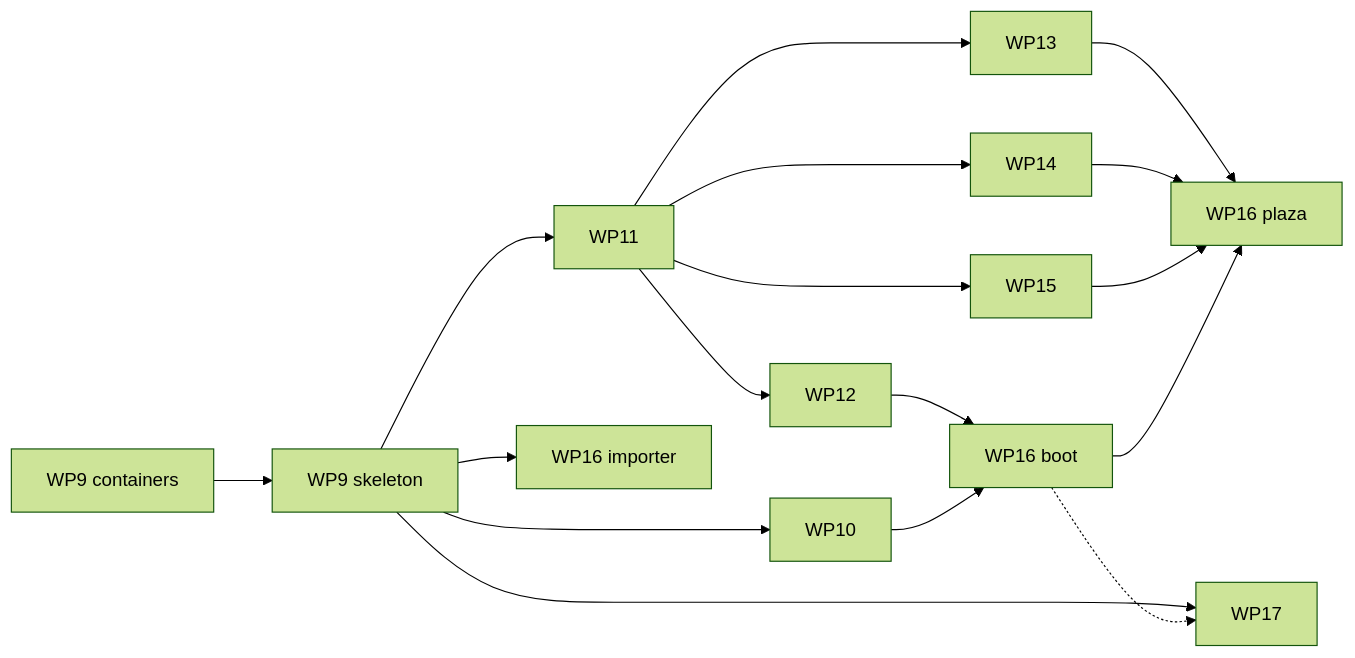
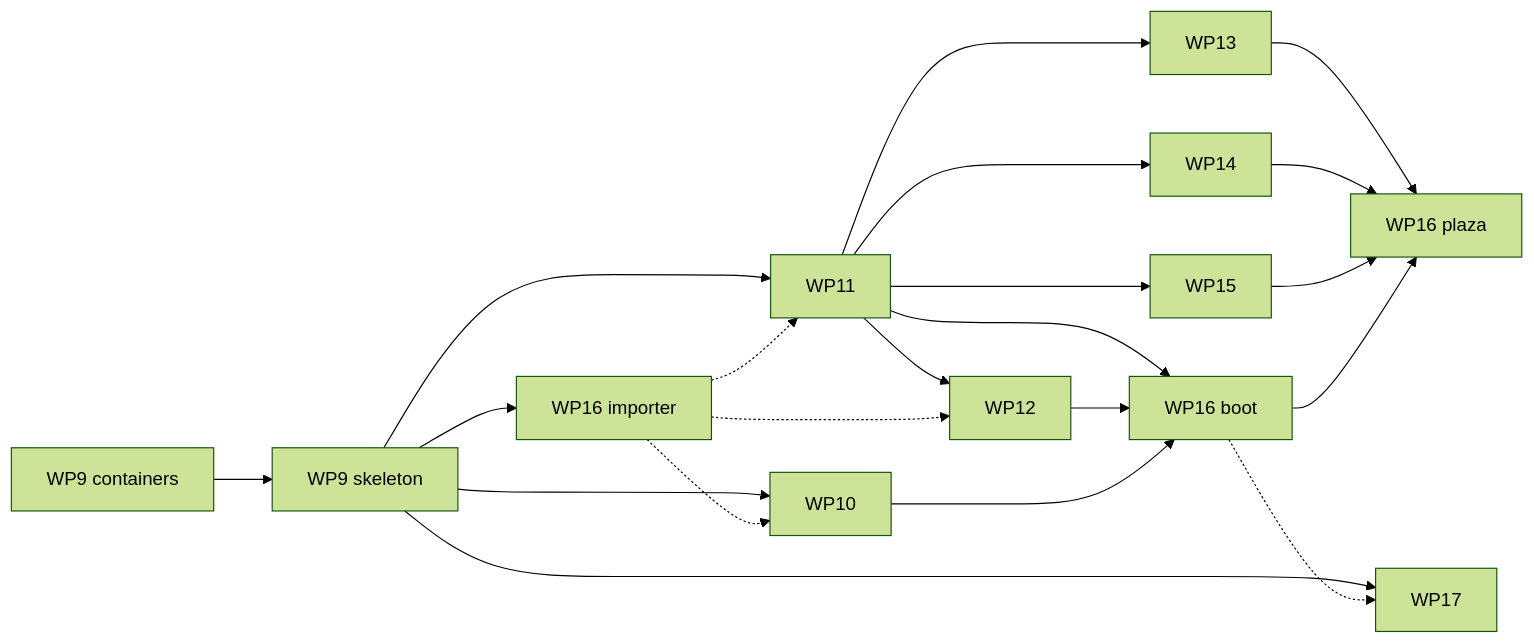
Before and after one commit to dullyontop/real-engine: the diagram in docs/M2_PLAN.md, drawn with Mermaid (forest theme). The commit also changed other lines of this file, not shown here.

````diff
--- a/docs/M2_PLAN.md
+++ b/docs/M2_PLAN.md
@@ -518,19 +524,23 @@
 ```mermaid
 graph LR
   WP9a[WP9 containers] --> WP9b[WP9 skeleton]
   WP9b --> WP10
   WP9b --> WP11
   WP9b --> WP16i[WP16 importer]
   WP9b --> WP17
   WP11 --> WP12
+  WP11 --> WP16b
   WP11 --> WP13
   WP11 --> WP14
   WP11 --> WP15
   WP12 --> WP16b[WP16 boot]
   WP10 --> WP16b
   WP13 --> WP16p[WP16 plaza]
   WP14 --> WP16p
   WP15 --> WP16p
   WP16b --> WP16p
   WP16b -.-> WP17
+  WP16i -.-> WP10
+  WP16i -.-> WP11
+  WP16i -.-> WP12
 ```
````
